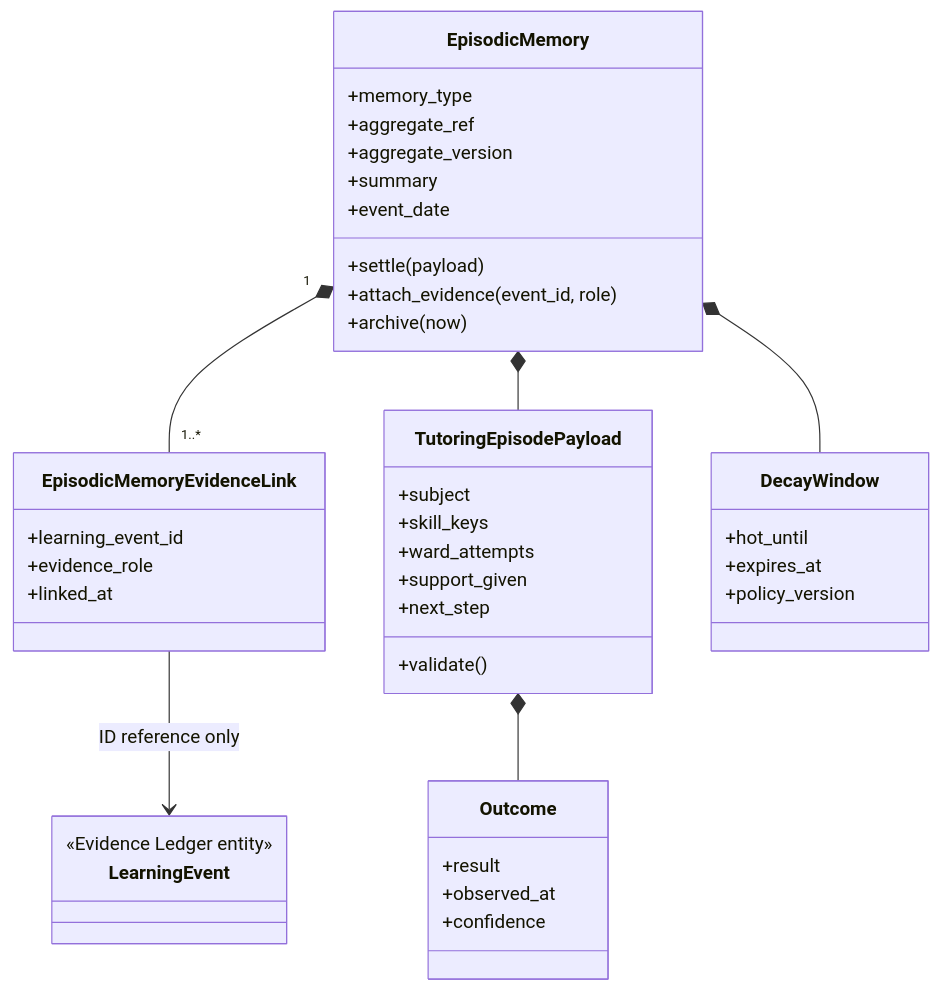
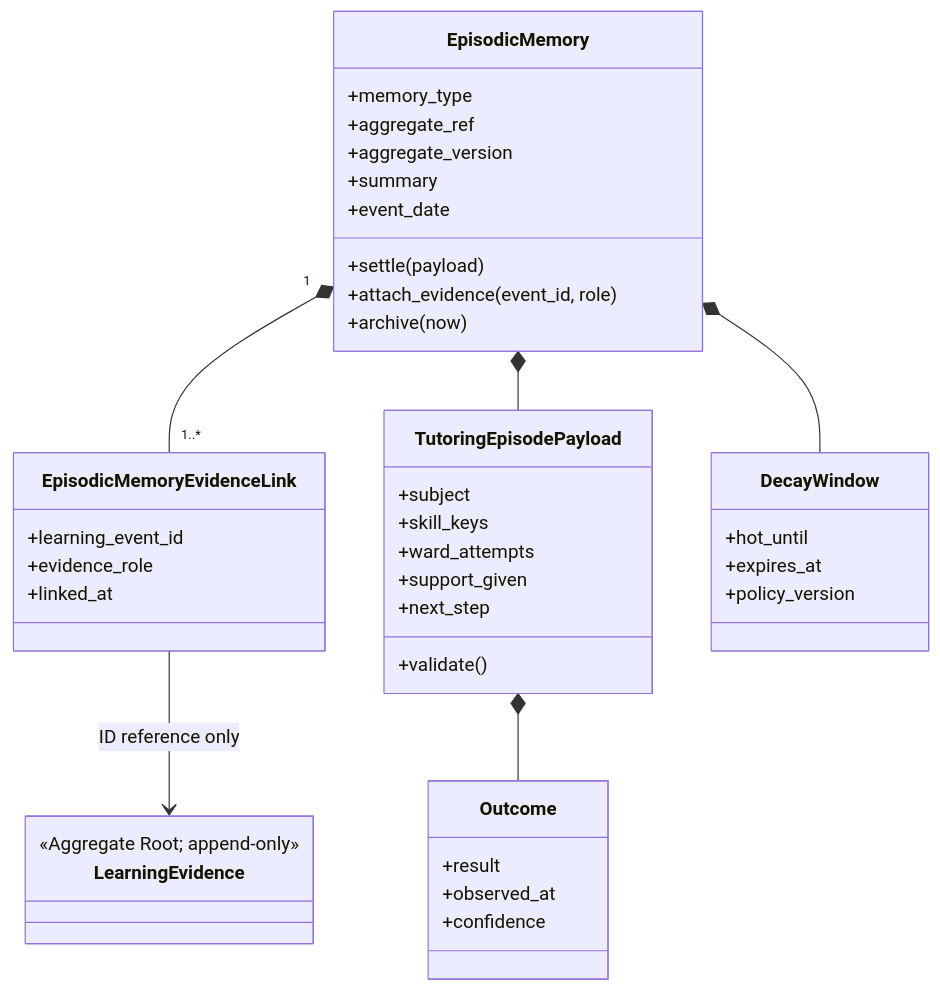
One commit to johanchow/duxue changed the third of 9 diagrams in docs/technical/design-memory.md. Above: the diagram before and after it, drawn with Mermaid. The commit also changed other lines of this file, not shown here.

````diff
--- a/docs/technical/design-memory.md
+++ b/docs/technical/design-memory.md
@@ -78,44 +84,44 @@
 ```mermaid
 classDiagram
     class EpisodicMemory {
         +memory_type
         +aggregate_ref
         +aggregate_version
         +summary
         +event_date
         +settle(payload)
         +attach_evidence(event_id, role)
         +archive(now)
     }
     class EpisodicMemoryEvidenceLink {
         +learning_event_id
         +evidence_role
         +linked_at
     }
     class TutoringEpisodePayload {
         +subject
         +skill_keys
         +ward_attempts
         +support_given
         +next_step
         +validate()
     }
     class Outcome {
         +result
         +observed_at
         +confidence
     }
     class DecayWindow {
         +hot_until
         +expires_at
         +policy_version
     }
-    class LearningEvent {
-        <<Evidence Ledger entity>>
+    class LearningEvidence {
+        <<Aggregate Root; append-only>>
     }
     EpisodicMemory "1" *-- "1..*" EpisodicMemoryEvidenceLink
     EpisodicMemory *-- TutoringEpisodePayload
     TutoringEpisodePayload *-- Outcome
     EpisodicMemory *-- DecayWindow
-    EpisodicMemoryEvidenceLink --> LearningEvent : ID reference only
+    EpisodicMemoryEvidenceLink --> LearningEvidence : ID reference only
 ```
````
